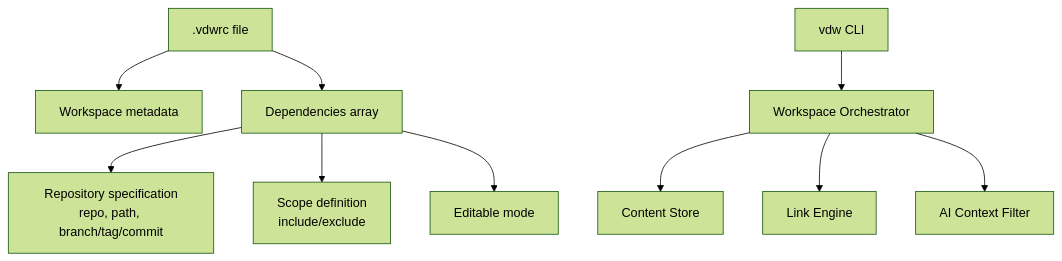
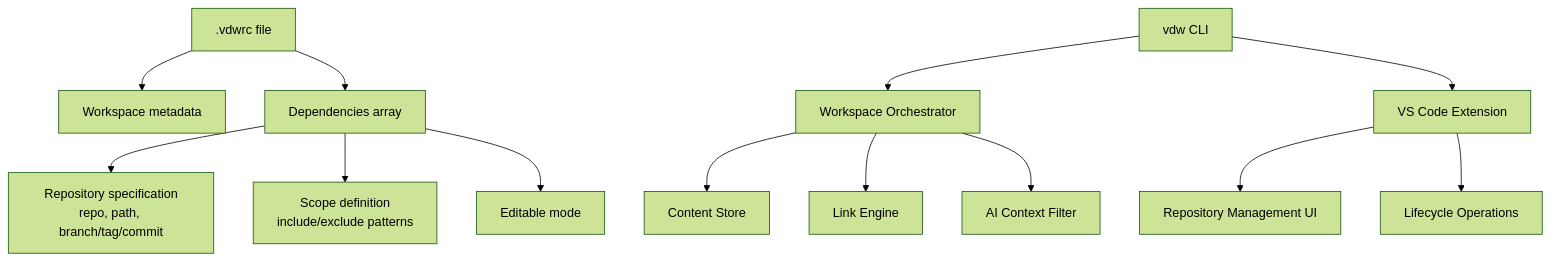
The first of 4 diagrams in .qoder/repowiki/en/content/Core Features Documentation/Workspace Configuration Management (.vdwrc).md (HWH-2019/vdw), drawn with Mermaid (forest theme) before and after one commit. The commit also changed other lines of this file and 8 other files, not shown here.

````diff
--- a/.qoder/repowiki/en/content/Core Features Documentation/Workspace Configuration Management (.vdwrc).md
+++ b/.qoder/repowiki/en/content/Core Features Documentation/Workspace Configuration Management (.vdwrc).md
@@ -46,12 +60,15 @@
 ```mermaid
 graph TB
 A[".vdwrc file"] --> B["Workspace metadata"]
 A --> C["Dependencies array"]
 C --> D["Repository specification<br/>repo, path, branch/tag/commit"]
-C --> E["Scope definition<br/>include/exclude"]
+C --> E["Scope definition<br/>include/exclude patterns"]
 C --> F["Editable mode"]
 G["vdw CLI"] --> H["Workspace Orchestrator"]
-H --> I["Content Store"]
-H --> J["Link Engine"]
-H --> K["AI Context Filter"]
+G --> I["VS Code Extension"]
+H --> J["Content Store"]
+H --> K["Link Engine"]
+H --> L["AI Context Filter"]
+I --> M["Repository Management UI"]
+I --> N["Lifecycle Operations"]
 ```
````
